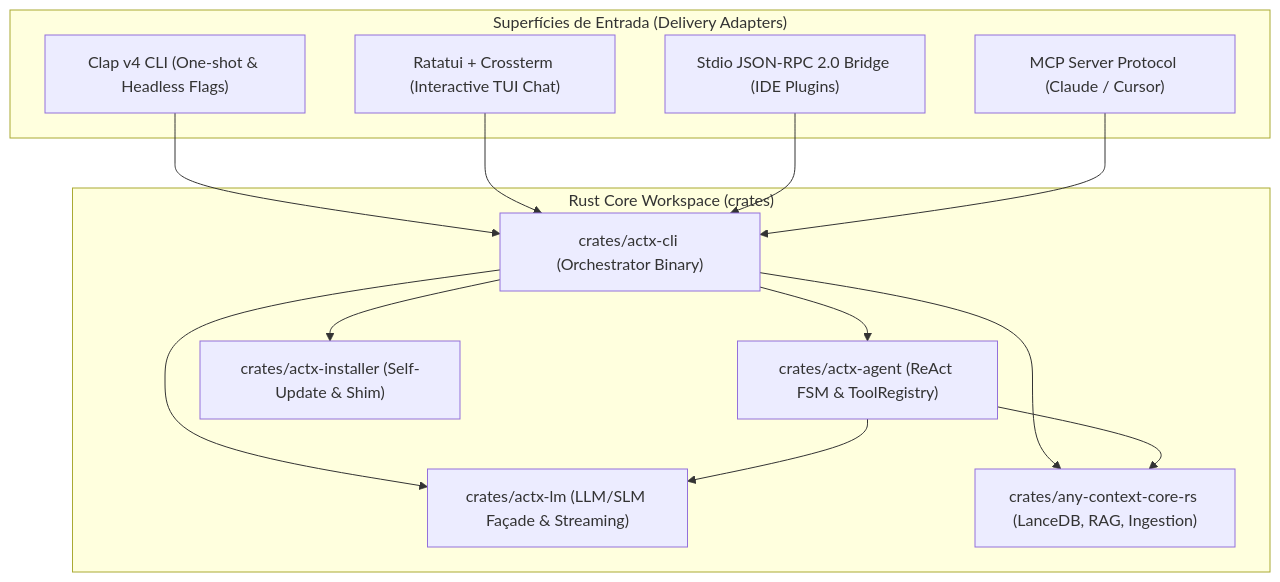
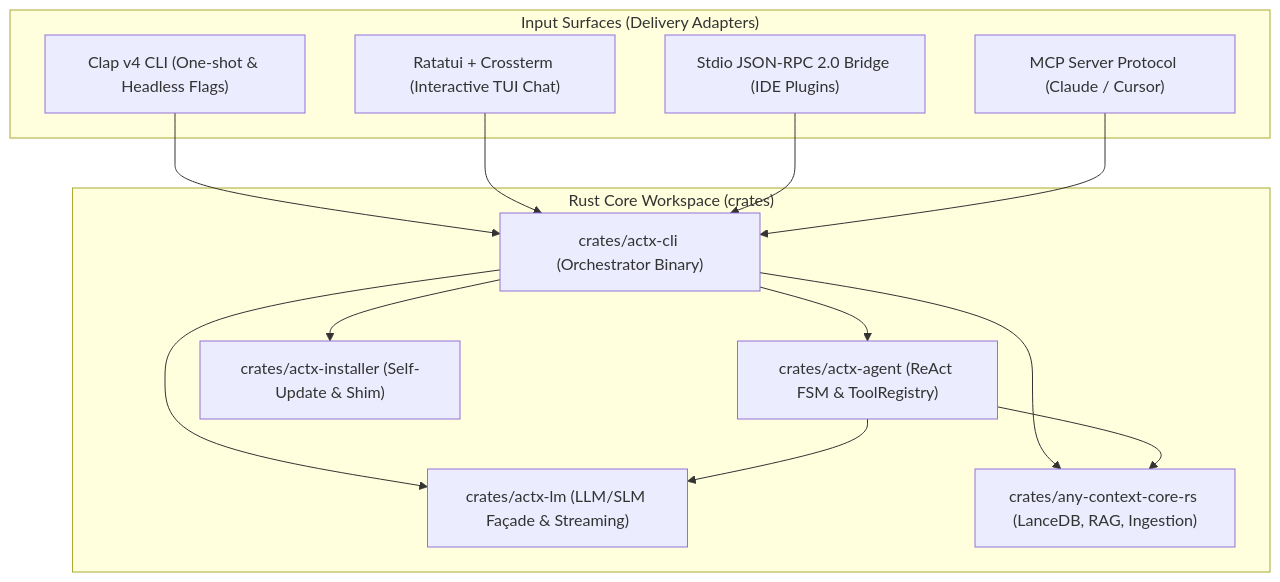
Before and after one commit to Levix-Digital/any-context: the diagram in BLUEPRINT_PRIORITY_4_CLI_TUI.md, drawn with Mermaid. The commit also changed other lines of this file and 2 other files, not shown here.

````diff
--- a/BLUEPRINT_PRIORITY_4_CLI_TUI.md
+++ b/BLUEPRINT_PRIORITY_4_CLI_TUI.md
@@ -32,29 +32,29 @@
 ```mermaid
 graph TD
-    subgraph AdaptadoresEntrada["Superfícies de Entrada (Delivery Adapters)"]
+    subgraph AdaptadoresEntrada["Input Surfaces (Delivery Adapters)"]
         CLI["Clap v4 CLI (One-shot & Headless Flags)"]
         TUI["Ratatui + Crossterm (Interactive TUI Chat)"]
         RPC["Stdio JSON-RPC 2.0 Bridge (IDE Plugins)"]
         MCP["MCP Server Protocol (Claude / Cursor)"]
     end
 
     subgraph CoreEngine["Rust Core Workspace (crates)"]
         ACTX_CLI["crates/actx-cli (Orchestrator Binary)"]
         AGENT["crates/actx-agent (ReAct FSM & ToolRegistry)"]
         LM["crates/actx-lm (LLM/SLM Façade & Streaming)"]
         CORE["crates/any-context-core-rs (LanceDB, RAG, Ingestion)"]
         INSTALLER["crates/actx-installer (Self-Update & Shim)"]
     end
 
     CLI --> ACTX_CLI
     TUI --> ACTX_CLI
     RPC --> ACTX_CLI
     MCP --> ACTX_CLI
 
     ACTX_CLI --> AGENT
     ACTX_CLI --> LM
     ACTX_CLI --> CORE
     ACTX_CLI --> INSTALLER
     AGENT --> LM
     AGENT --> CORE
 ```
````
